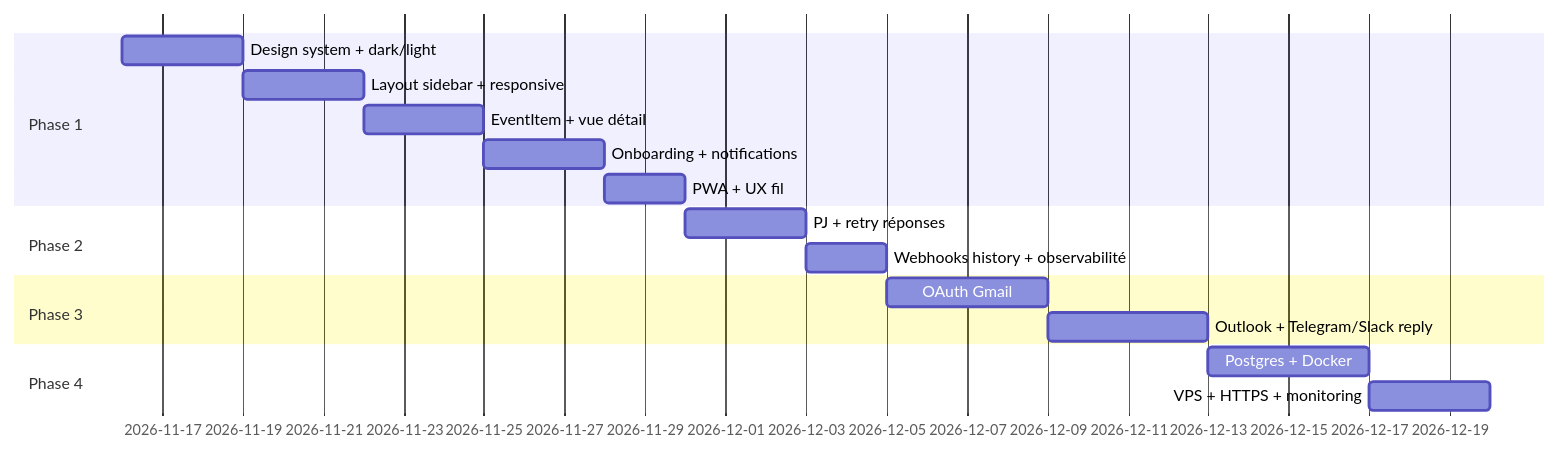
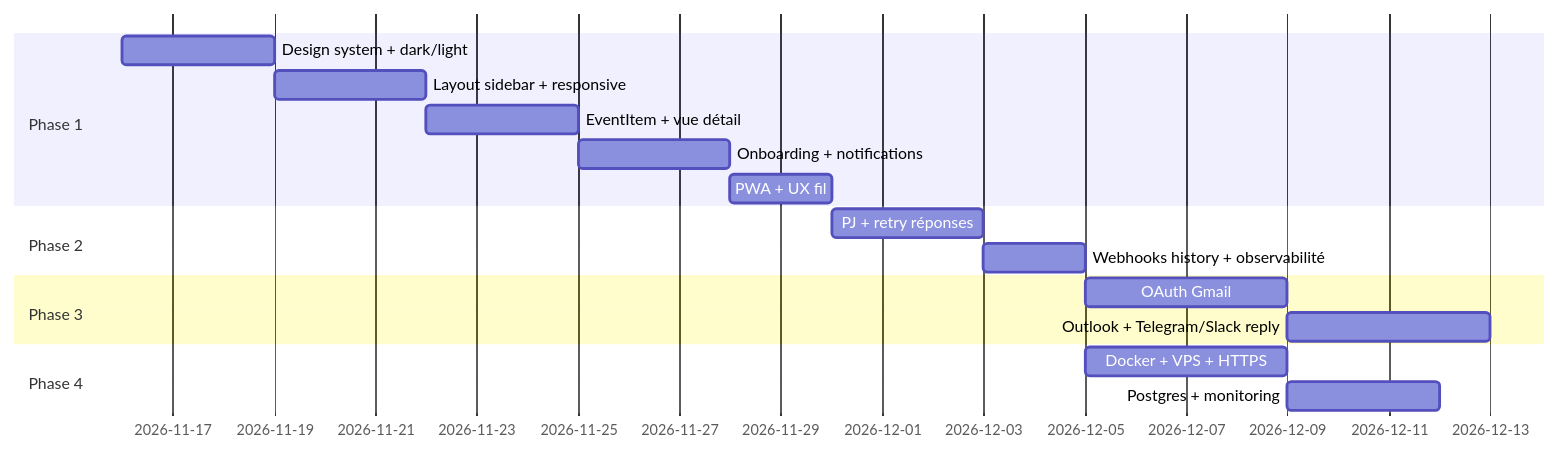
One commit to hermax2006/fil-unifie changed the second of 2 diagrams in PLAN_APPLICATION.md. Above: the diagram before and after it, drawn with Mermaid. The commit also changed other lines of this file and 13 other files, not shown here.

````diff
--- a/PLAN_APPLICATION.md
+++ b/PLAN_APPLICATION.md
@@ -106,19 +116,19 @@
 ```mermaid
 gantt
     dateFormat YYYY-MM-DD
     section Phase 1
     Design system + dark/light      :p1a, 2026-11-16, 3d
     Layout sidebar + responsive     :p1b, after p1a, 3d
     EventItem + vue détail          :p1c, after p1b, 3d
     Onboarding + notifications      :p1d, after p1c, 3d
     PWA + UX fil                    :p1e, after p1d, 2d
     section Phase 2
     PJ + retry réponses             :p2a, after p1e, 3d
     Webhooks history + observabilité:p2b, after p2a, 2d
     section Phase 3
     OAuth Gmail                     :p3a, after p2b, 4d
     Outlook + Telegram/Slack reply  :p3b, after p3a, 4d
     section Phase 4
-    Postgres + Docker               :p4a, after p3b, 4d
-    VPS + HTTPS + monitoring        :p4b, after p4a, 3d
+    Docker + VPS + HTTPS            :p4a, after p2b, 4d
+    Postgres + monitoring           :p4b, after p4a, 3d
 ```
````
